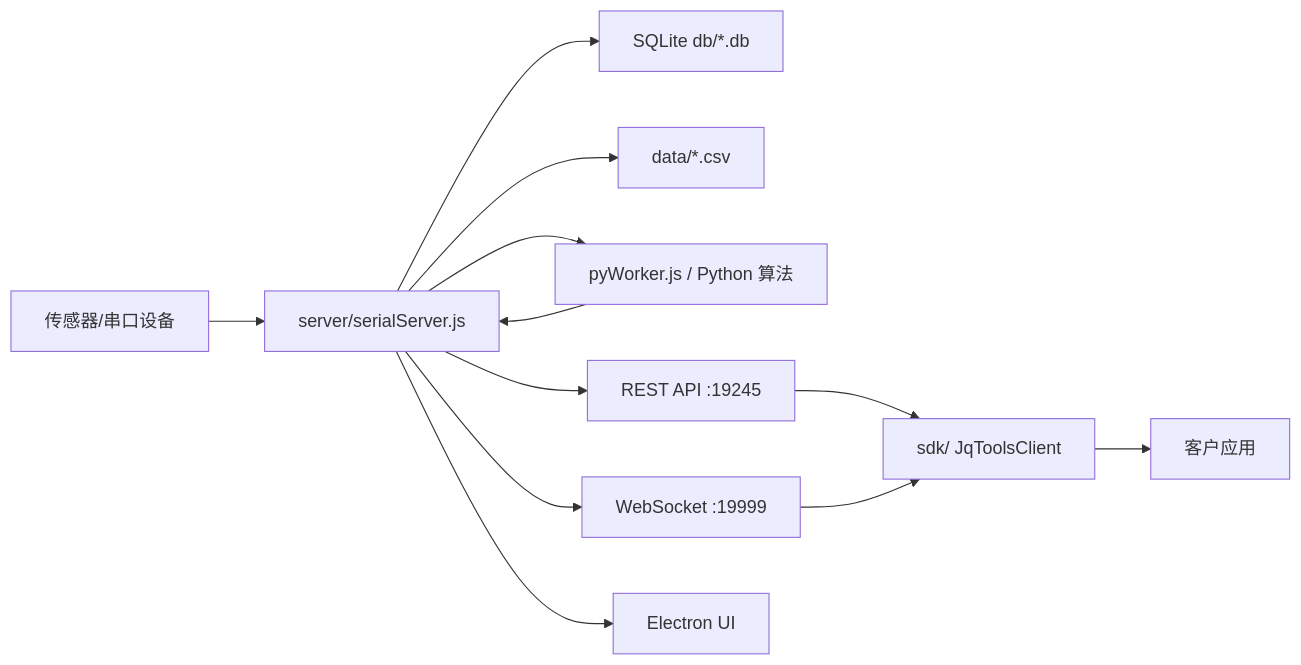
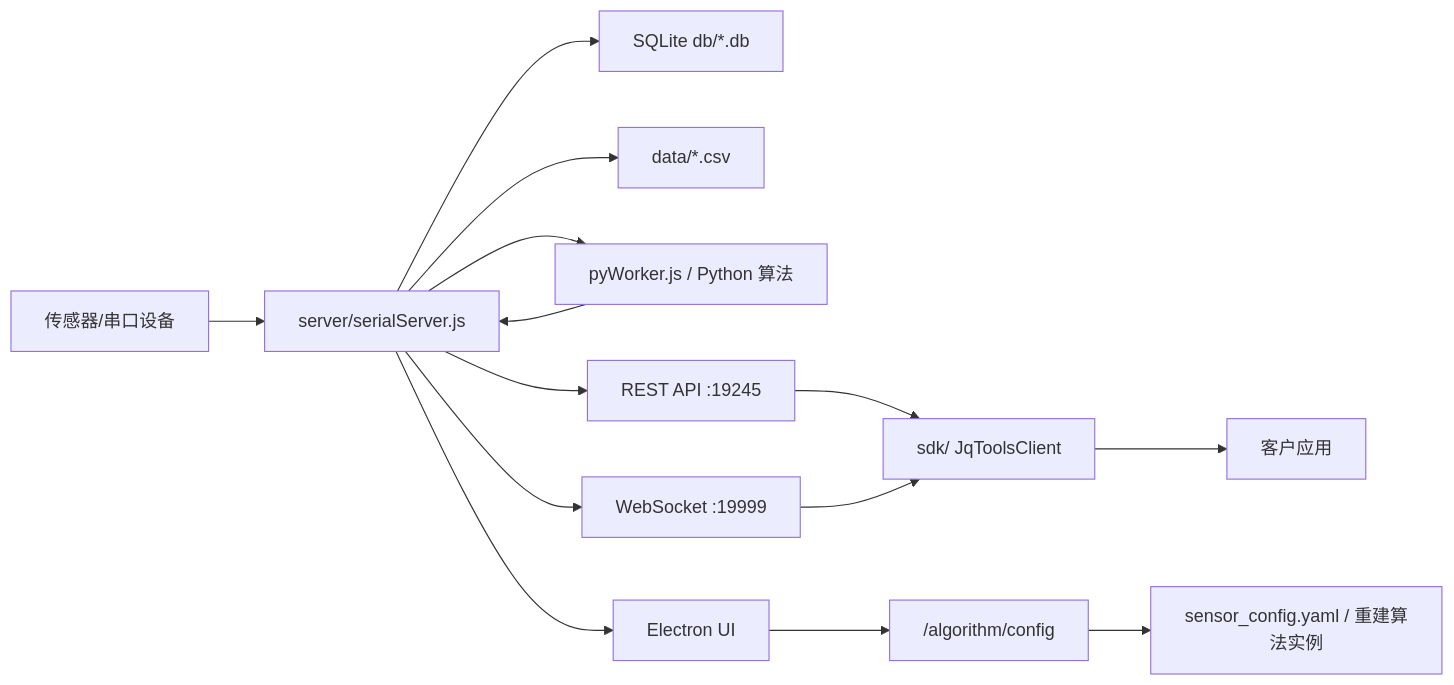
Before and after one commit to liudada118/jqtoolsWin: the diagram in ARCHITECTURE.md, drawn with Mermaid. The commit also changed other lines of this file and 14663 other files, not shown here.

````diff
--- a/ARCHITECTURE.md
+++ b/ARCHITECTURE.md
@@ -148,14 +164,16 @@
 ```mermaid
 flowchart LR
   Sensor["传感器/串口设备"] --> Serial["server/serialServer.js"]
   Serial --> DB["SQLite db/*.db"]
   Serial --> CSV["data/*.csv"]
   Serial --> Py["pyWorker.js / Python 算法"]
   Py --> Serial
   Serial --> WS["WebSocket :19999"]
   Serial --> REST["REST API :19245"]
   REST --> SDK["sdk/ JqToolsClient"]
   WS --> SDK
   SDK --> Customer["客户应用"]
   Serial --> UI["Electron UI"]
+  UI --> ConfigApi["/algorithm/config"]
+  ConfigApi --> PyConfig["sensor_config.yaml / 重建算法实例"]
 ```
````
